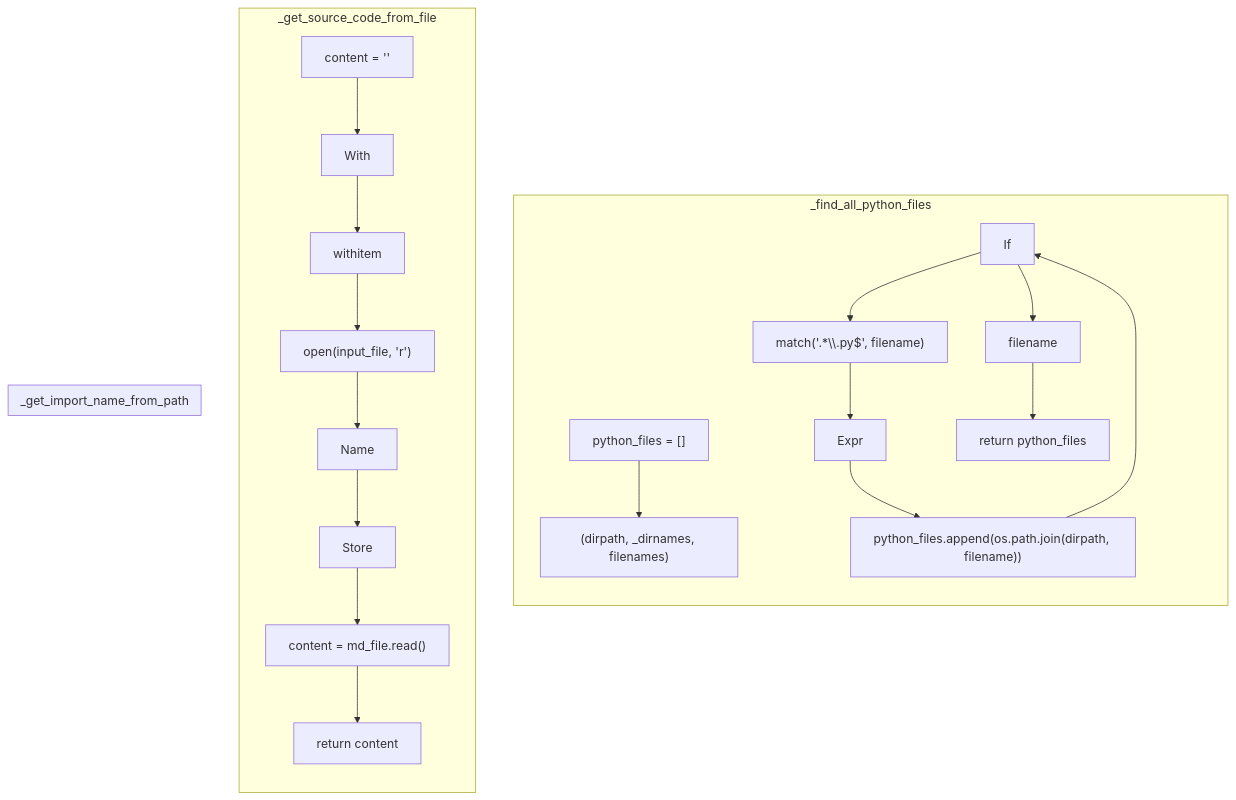
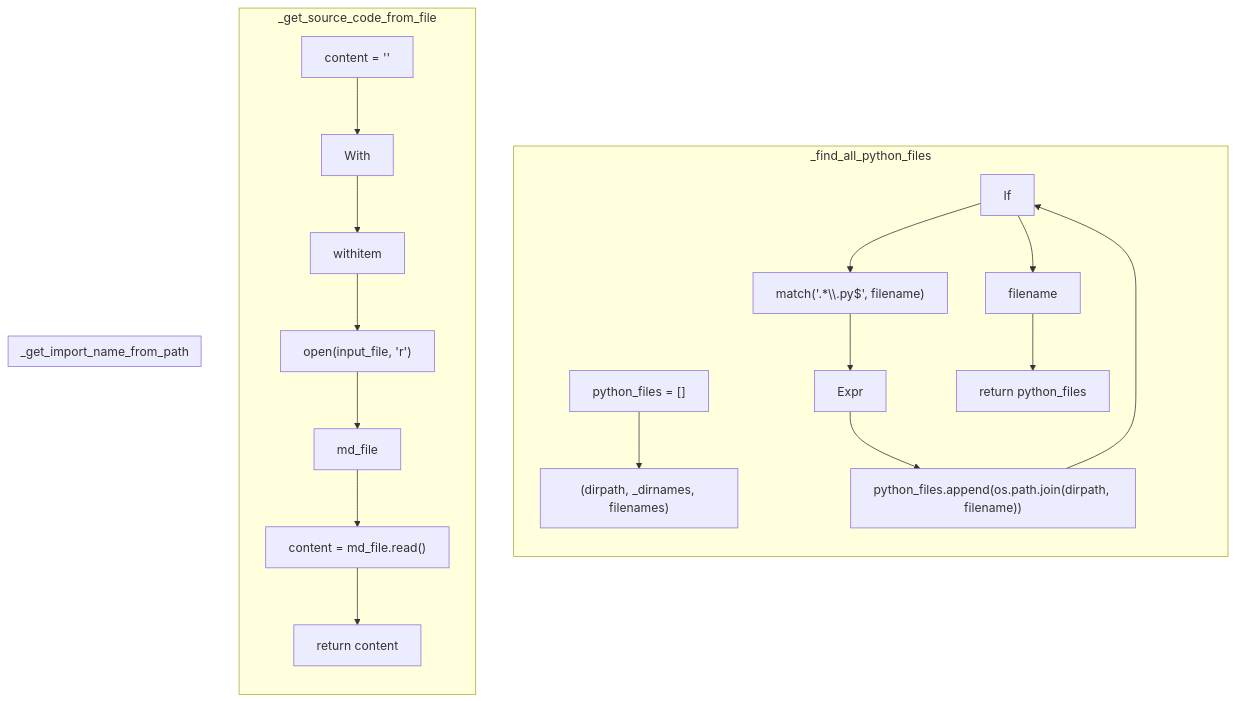
The diagram in docs/pyremaid/files/source.py.md (MichaelReel/pyremaid), drawn with Mermaid before and after one commit. The commit also changed other lines of this file and 15 other files, not shown here.

````diff
--- a/docs/pyremaid/files/source.py.md
+++ b/docs/pyremaid/files/source.py.md
@@ -9,48 +9,46 @@
 ```mermaid
 flowchart TB
-  _f89_n395["python_files = []"]
-  _f89_l90["(dirpath, _dirnames, filenames)"]
-  _f89_l90_l91_n396["If"]
-  _f89_l90_l91_n397["match('.*\\.py$', filename)"]
-  _f89_l90_l91_n398["Expr"]
-  _f89_l90_l91_n399["python_files.append(os.path.join(dirpath, filename))"]
-  _f89_l90_l91["filename"]
-  _f89_n400["return python_files"]
-  _f92_n401["content = ''"]
-  _f92_n402["With"]
-  _f92_n403["withitem"]
-  _f92_n404["open(input_file, 'r')"]
-  _f92_n405["Name"]
-  _f92_n406["Store"]
-  _f92_n407["content = md_file.read()"]
-  _f92_n408["return content"]
+  _f31_n119["python_files = []"]
+  _f31_l32["(dirpath, _dirnames, filenames)"]
+  _f31_l32_l33_n120["If"]
+  _f31_l32_l33_n121["match('.*\\.py$', filename)"]
+  _f31_l32_l33_n122["Expr"]
+  _f31_l32_l33_n123["python_files.append(os.path.join(dirpath, filename))"]
+  _f31_l32_l33["filename"]
+  _f31_n124["return python_files"]
+  _f34_n125["content = ''"]
+  _f34_n126["With"]
+  _f34_n127["withitem"]
+  _f34_n128["open(input_file, 'r')"]
+  _f34_n129["md_file"]
+  _f34_n130["content = md_file.read()"]
+  _f34_n131["return content"]
 
   subgraph _find_all_python_files
     direction TB
-    _f89_n395 --> _f89_l90
+    _f31_n119 --> _f31_l32
     %% loop (dirpath, _dirnames, filenames)
       %% loop filename
-        _f89_l90_l91_n396 --> _f89_l90_l91_n397
-        _f89_l90_l91_n397 --> _f89_l90_l91_n398
-        _f89_l90_l91_n398 --> _f89_l90_l91_n399
+        _f31_l32_l33_n120 --> _f31_l32_l33_n121
+        _f31_l32_l33_n121 --> _f31_l32_l33_n122
+        _f31_l32_l33_n122 --> _f31_l32_l33_n123
       %% end filename
-      _f89_l90_l91_n399 --> _f89_l90_l91_n396
+      _f31_l32_l33_n123 --> _f31_l32_l33_n120
     %% end (dirpath, _dirnames, filenames)
-    _f89_l90_l91_n396 --> _f89_l90_l91
-    _f89_l90_l91 --> _f89_n400
+    _f31_l32_l33_n120 --> _f31_l32_l33
+    _f31_l32_l33 --> _f31_n124
   end
   subgraph _get_source_code_from_file
     direction TB
-    _f92_n401 --> _f92_n402
-    _f92_n402 --> _f92_n403
-    _f92_n403 --> _f92_n404
-    _f92_n404 --> _f92_n405
-    _f92_n405 --> _f92_n406
-    _f92_n406 --> _f92_n407
-    _f92_n407 --> _f92_n408
+    _f34_n125 --> _f34_n126
+    _f34_n126 --> _f34_n127
+    _f34_n127 --> _f34_n128
+    _f34_n128 --> _f34_n129
+    _f34_n129 --> _f34_n130
+    _f34_n130 --> _f34_n131
   end
   subgraph _get_import_name_from_path
     direction TB
   end
 
 ```
````
